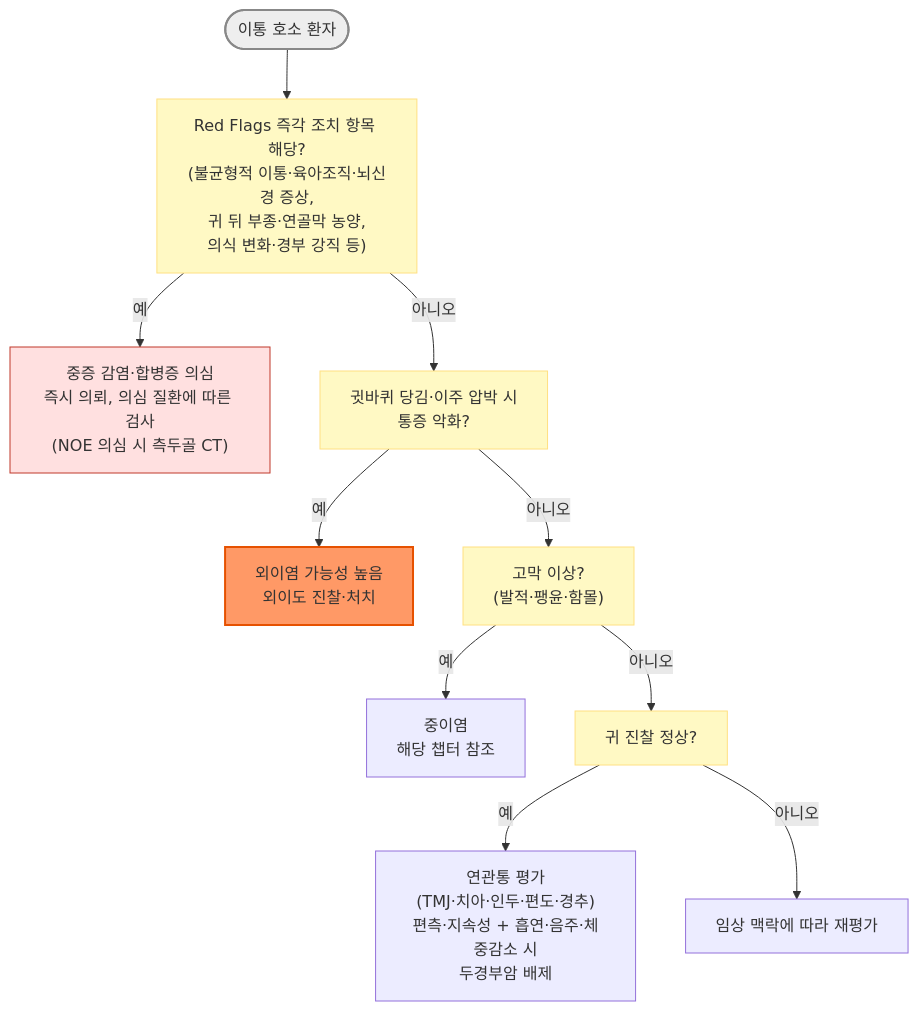
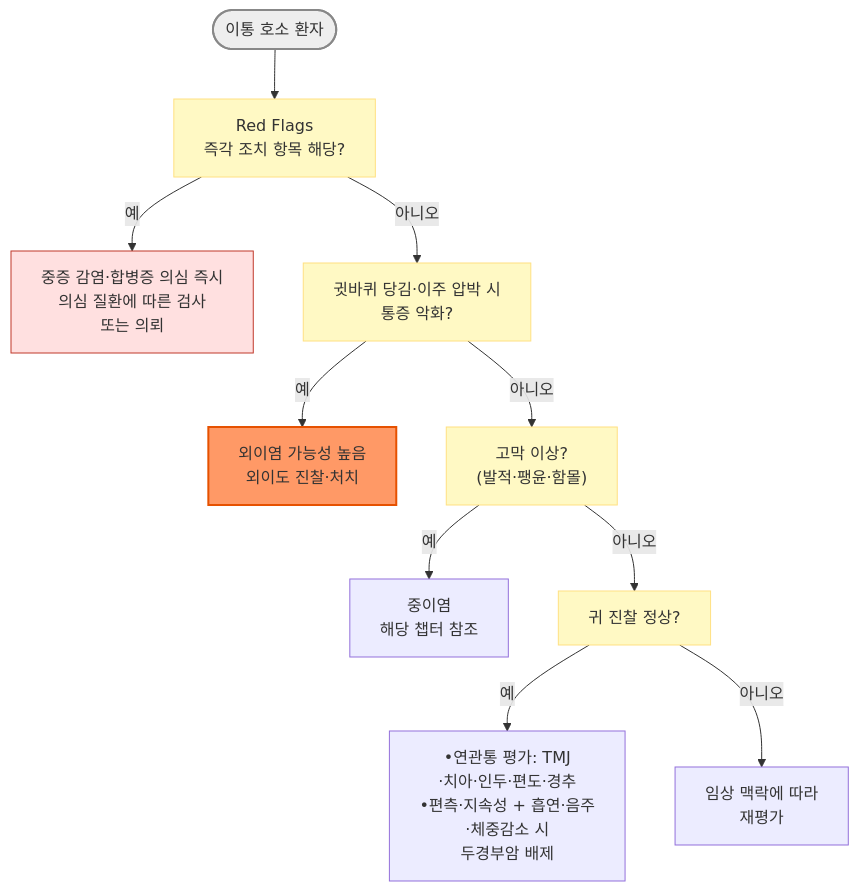
One commit to familyoh77/familyoh77 changed the first of 2 diagrams in 222_/047_-otitis-externa.md. Above: the diagram before and after it, drawn with Mermaid. The commit also changed other lines of this file, not shown here.

````diff
--- a/222_/047_-otitis-externa.md
+++ b/222_/047_-otitis-externa.md
@@ -99,20 +107,17 @@
 ```mermaid
 graph TD
-    S(["이통 호소 환자"]) --> RF["Red Flags 즉각 조치 항목 해당?<br/>(불균형적 이통·육아조직·뇌신경 증상,<br/>귀 뒤 부종·연골막 농양,<br/>의식 변화·경부 강직 등)"]
-    RF -- "예" --> NOE["중증 감염·합병증 의심<br/>즉시 의뢰, 의심 질환에 따른 검사<br/>(NOE 의심 시 측두골 CT)"]
+    S(["이통 호소 환자"]) --> RF["Red Flags <br/>즉각 조치 항목 해당?"]
+    RF -- "예" --> NOE["중증 감염·합병증 의심 즉시 <br/>의심 질환에 따른 검사<br/>또는 의뢰"]
     RF -- "아니오" --> Q1["귓바퀴 당김·이주 압박 시<br/>통증 악화?"]
     Q1 -- "예" --> OE["외이염 가능성 높음<br/>외이도 진찰·처치"]
     Q1 -- "아니오" --> Q2["고막 이상?<br/>(발적·팽윤·함몰)"]
     Q2 -- "예" --> OM["중이염<br/>해당 챕터 참조"]
     Q2 -- "아니오" --> Q3["귀 진찰 정상?"]
-    Q3 -- "예" --> REF["연관통 평가<br/>(TMJ·치아·인두·편도·경추)<br/>편측·지속성 + 흡연·음주·체중감소 시<br/>두경부암 배제"]
-    Q3 -- "아니오" --> EVAL["임상 맥락에 따라 재평가"]
-
+    Q3 -- "예" --> REF["•연관통 평가: TMJ<br/>·치아·인두·편도·경추<br/>•편측·지속성 + 흡연·음주<br/>·체중감소 시 <br/>두경부암 배제"]
+    Q3 -- "아니오" --> EVAL["임상 맥락에 따라 <br/>재평가"]
     style S fill:#eeeeee,stroke:#888888,stroke-width:2px
-    style RF fill:#fff9c4,stroke:#ffe082
-    style Q1 fill:#fff9c4,stroke:#ffe082
-    style Q2 fill:#fff9c4,stroke:#ffe082
-    style Q3 fill:#fff9c4,stroke:#ffe082
+    classDef y fill:#fff9c4,stroke:#ffe082
+    class RF,Q1,Q2,Q3 y
     style NOE fill:#ffe0e0,stroke:#c0392b
     style OE fill:#f96,stroke:#e65100,stroke-width:2px
 ```
````
